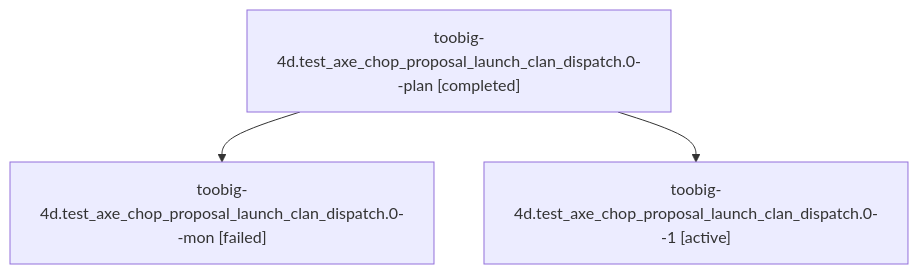
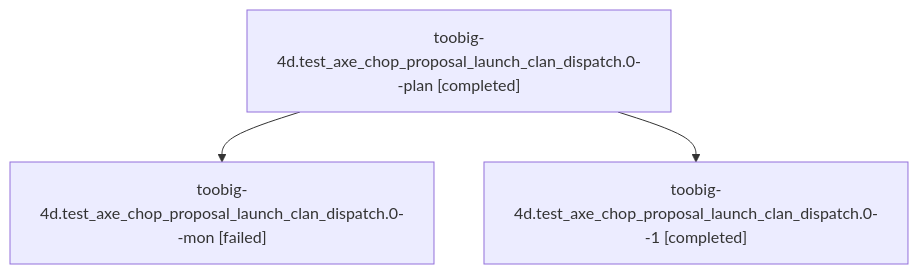
Before and after one commit to sase-org/sase--agents: the diagram in families/bbugyi200.athena.toobig-4d.test_axe_chop_proposal_launch_clan_dispatch.0.md, drawn with Mermaid. The commit also changed other lines of this file and 21 other files, not shown here.

````diff
--- a/families/bbugyi200.athena.toobig-4d.test_axe_chop_proposal_launch_clan_dispatch.0.md
+++ b/families/bbugyi200.athena.toobig-4d.test_axe_chop_proposal_launch_clan_dispatch.0.md
@@ -9,8 +9,8 @@
 ```mermaid
 flowchart TD
   n0["toobig-4d.test_axe_chop_proposal_launch_clan_dispatch.0--plan [completed]"]
   n1["toobig-4d.test_axe_chop_proposal_launch_clan_dispatch.0--mon [failed]"]
   n0 --> n1
-  n2["toobig-4d.test_axe_chop_proposal_launch_clan_dispatch.0--1 [active]"]
+  n2["toobig-4d.test_axe_chop_proposal_launch_clan_dispatch.0--1 [completed]"]
   n0 --> n2
 ```
````
